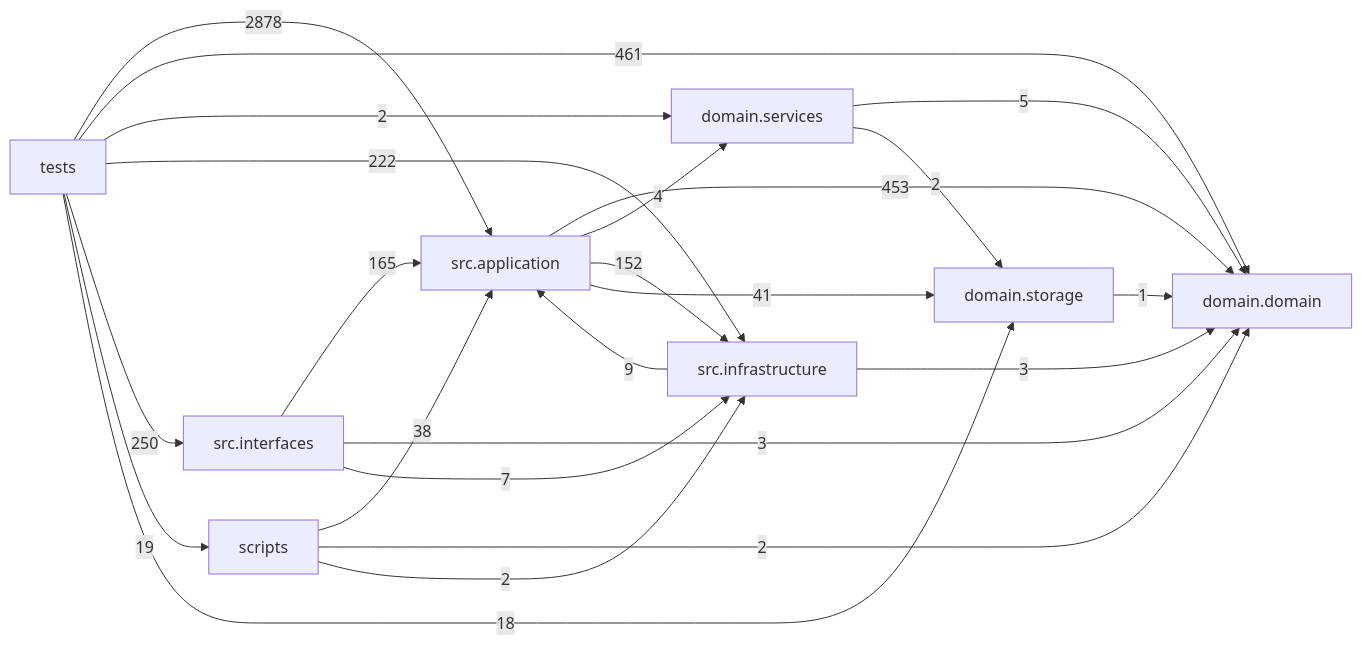
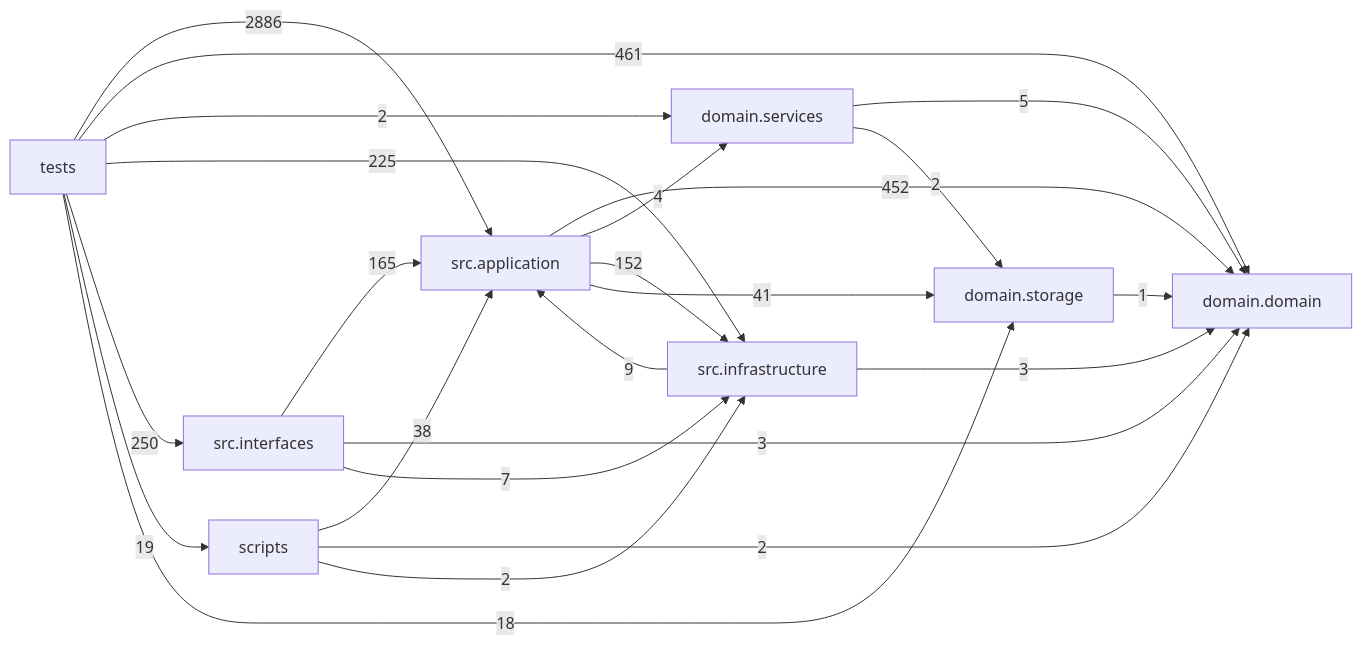
One commit to liuxie066/options-monitor changed the diagram in docs/DEPENDENCY_GRAPH.md. Above: the diagram before and after it, drawn with Mermaid. The commit also changed other lines of this file and 9 other files, not shown here.

````diff
--- a/docs/DEPENDENCY_GRAPH.md
+++ b/docs/DEPENDENCY_GRAPH.md
@@ -24,33 +24,33 @@
 ```mermaid
 flowchart LR
   tests["tests"]
   scripts["scripts"]
   interfaces["src.interfaces"]
   application["src.application"]
   infrastructure["src.infrastructure"]
   domain_services["domain.services"]
   domain["domain.domain"]
   storage["domain.storage"]
-  application -->|453| domain
+  application -->|452| domain
   application -->|4| domain_services
   application -->|152| infrastructure
   application -->|41| storage
   domain_services -->|5| domain
   domain_services -->|2| storage
   infrastructure -->|9| application
   infrastructure -->|3| domain
   interfaces -->|165| application
   interfaces -->|3| domain
   interfaces -->|7| infrastructure
   scripts -->|38| application
   scripts -->|2| domain
   scripts -->|2| infrastructure
   storage -->|1| domain
-  tests -->|2878| application
+  tests -->|2886| application
   tests -->|461| domain
   tests -->|2| domain_services
-  tests -->|222| infrastructure
+  tests -->|225| infrastructure
   tests -->|250| interfaces
   tests -->|19| scripts
   tests -->|18| storage
 ```
````
